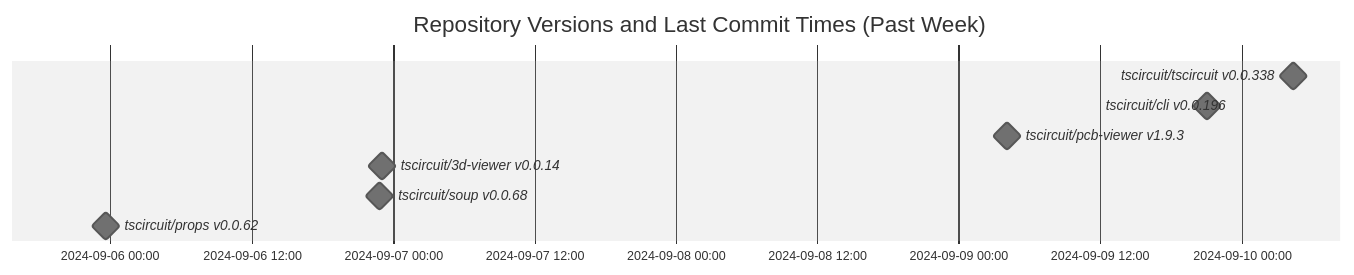
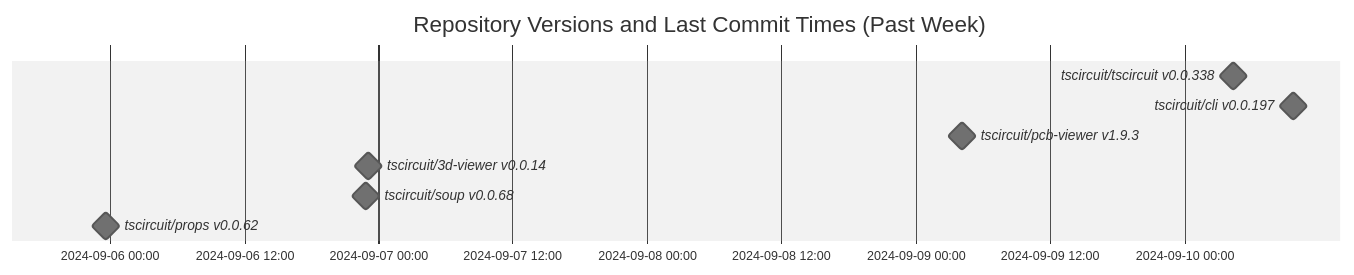
Before and after one commit to tscircuit/version-tracker: the diagram in README.md, drawn with Mermaid (neutral theme).

Commit message:
Update chart

````diff
--- a/README.md
+++ b/README.md
@@ -1,13 +1,13 @@
 ```mermaid
 gantt
   dateFormat  YYYY-MM-DD HH:mm:ss
   title Repository Versions and Last Commit Times (Past Week)
   axisFormat %Y-%m-%d %H:%M
 
   tscircuit/tscircuit v0.0.338 : milestone, 2024-09-10 04:23:10, 1s
-  tscircuit/cli v0.0.196 : milestone, 2024-09-09 21:01:44, 1s
+  tscircuit/cli v0.0.197 : milestone, 2024-09-10 09:46:19, 1s
   tscircuit/pcb-viewer v1.9.3 : milestone, 2024-09-09 04:08:34, 1s
   tscircuit/3d-viewer v0.0.14 : milestone, 2024-09-06 23:07:26, 1s
   tscircuit/soup v0.0.68 : milestone, 2024-09-06 22:51:33, 1s
   tscircuit/props v0.0.62 : milestone, 2024-09-05 23:38:33, 1s
 ```
````
